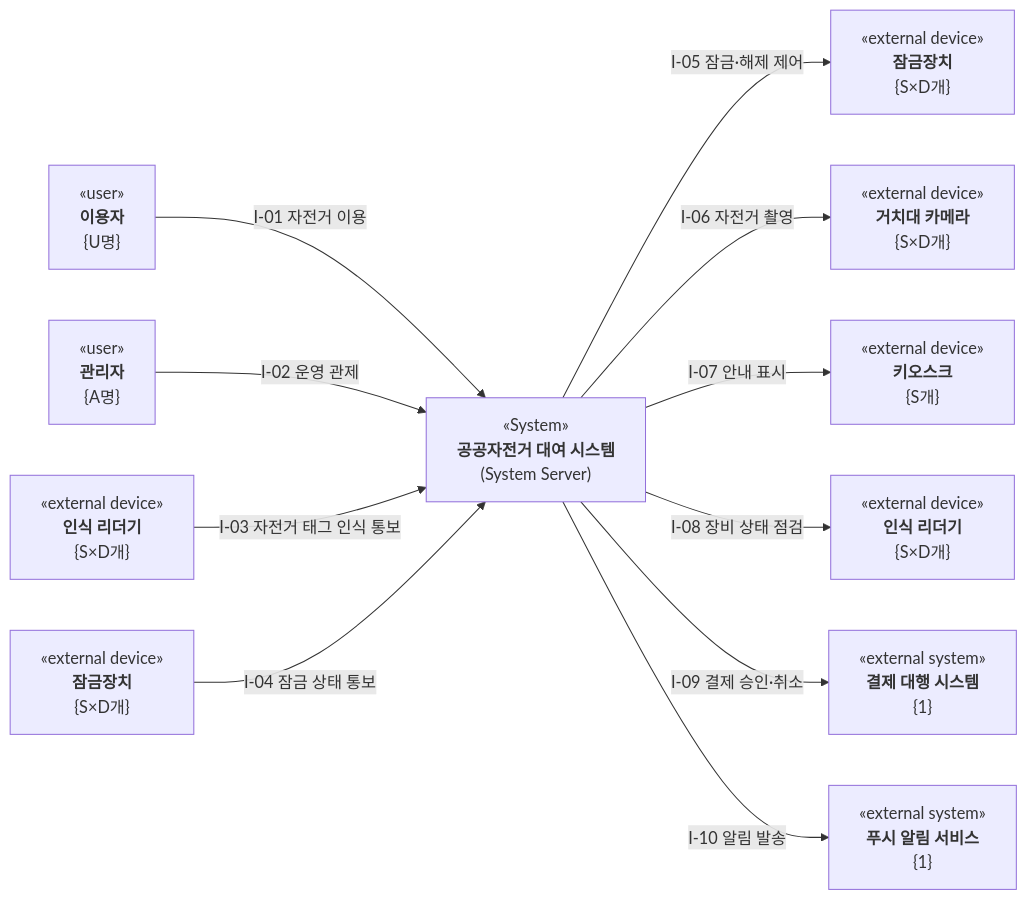
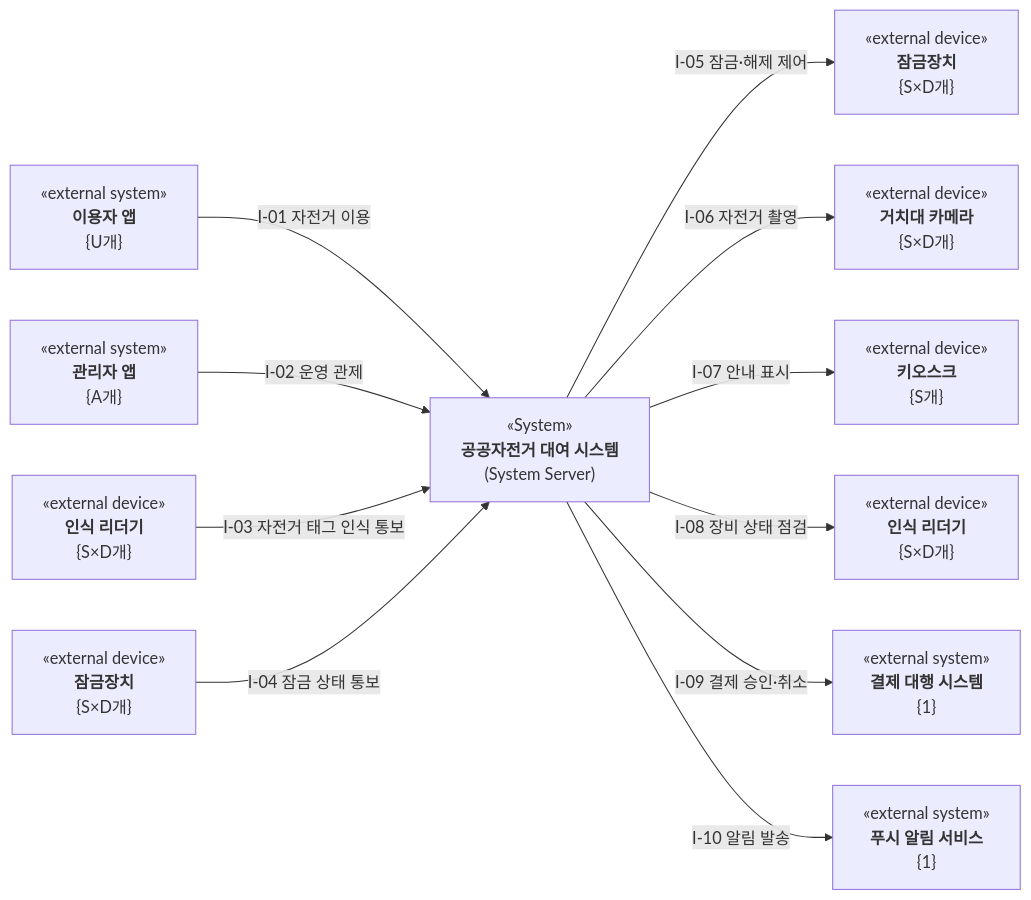
The diagram in docs/SharingBycle/report/02_System_Overview.md (sspring2048/AssoArch), drawn with Mermaid before and after one commit. The commit also changed other lines of this file, not shown here.

First line of the commit message:
SharingBycle ch2: model user/admin apps as external entities

````diff
--- a/docs/SharingBycle/report/02_System_Overview.md
+++ b/docs/SharingBycle/report/02_System_Overview.md
@@ -14,28 +14,28 @@
 ```mermaid
 flowchart LR
-    U["«user»<br/><b>이용자</b><br/>{U명}"]
-    M["«user»<br/><b>관리자</b><br/>{A명}"]
+    U["«external system»<br/><b>이용자 앱</b><br/>{U개}"]
+    M["«external system»<br/><b>관리자 앱</b><br/>{A개}"]
     RD["«external device»<br/><b>인식 리더기</b><br/>{S×D개}"]
     LKi["«external device»<br/><b>잠금장치</b><br/>{S×D개}"]
 
     SYS["«System»<br/><b>공공자전거 대여 시스템</b><br/>(System Server)"]
 
     LKo["«external device»<br/><b>잠금장치</b><br/>{S×D개}"]
     CAM["«external device»<br/><b>거치대 카메라</b><br/>{S×D개}"]
     KI["«external device»<br/><b>키오스크</b><br/>{S개}"]
     RDo["«external device»<br/><b>인식 리더기</b><br/>{S×D개}"]
     PG["«external system»<br/><b>결제 대행 시스템</b><br/>{1}"]
     PN["«external system»<br/><b>푸시 알림 서비스</b><br/>{1}"]
 
     U -- "I-01 자전거 이용" --> SYS
     M -- "I-02 운영 관제" --> SYS
     RD -- "I-03 자전거 태그 인식 통보" --> SYS
     LKi -- "I-04 잠금 상태 통보" --> SYS
 
     SYS -- "I-05 잠금·해제 제어" --> LKo
     SYS -- "I-06 자전거 촬영" --> CAM
     SYS -- "I-07 안내 표시" --> KI
     SYS -- "I-08 장비 상태 점검" --> RDo
     SYS -- "I-09 결제 승인·취소" --> PG
     SYS -- "I-10 알림 발송" --> PN
 ```
````
